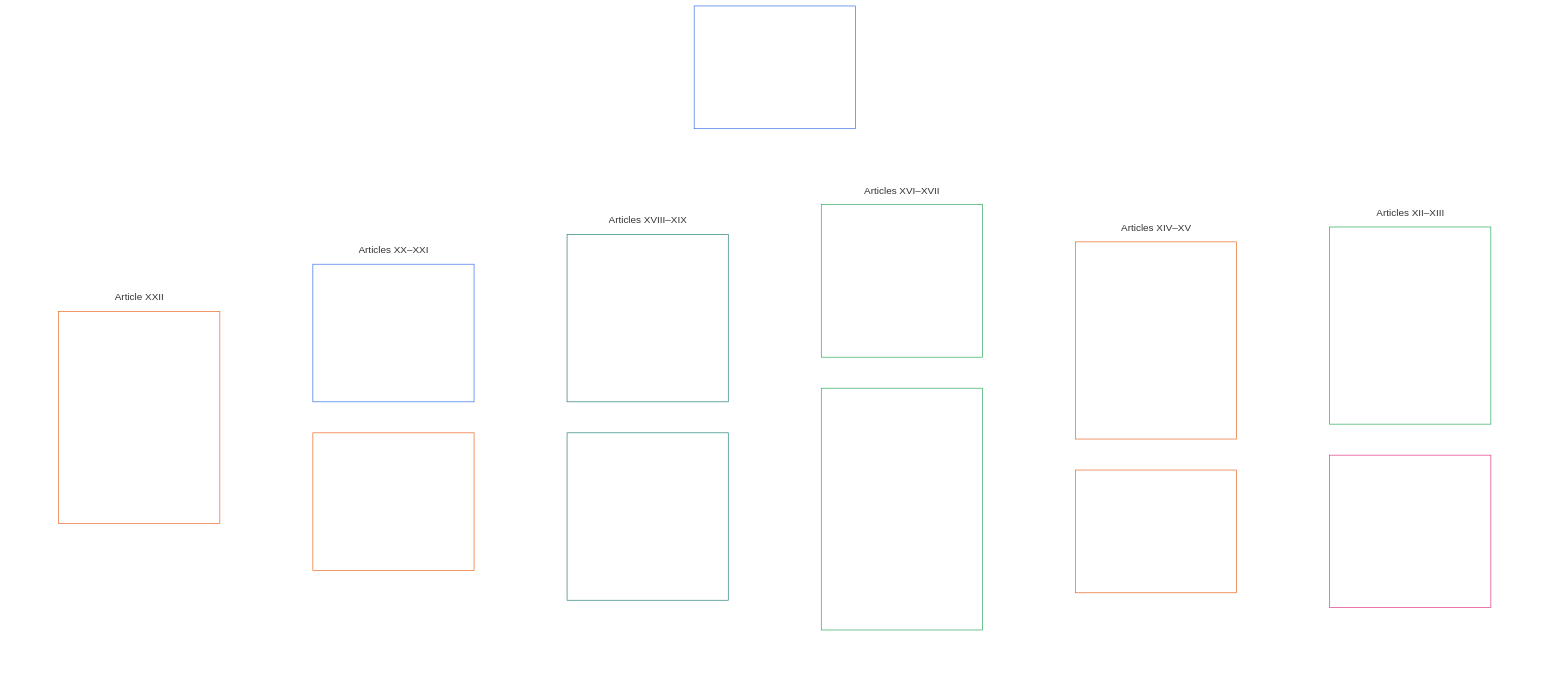
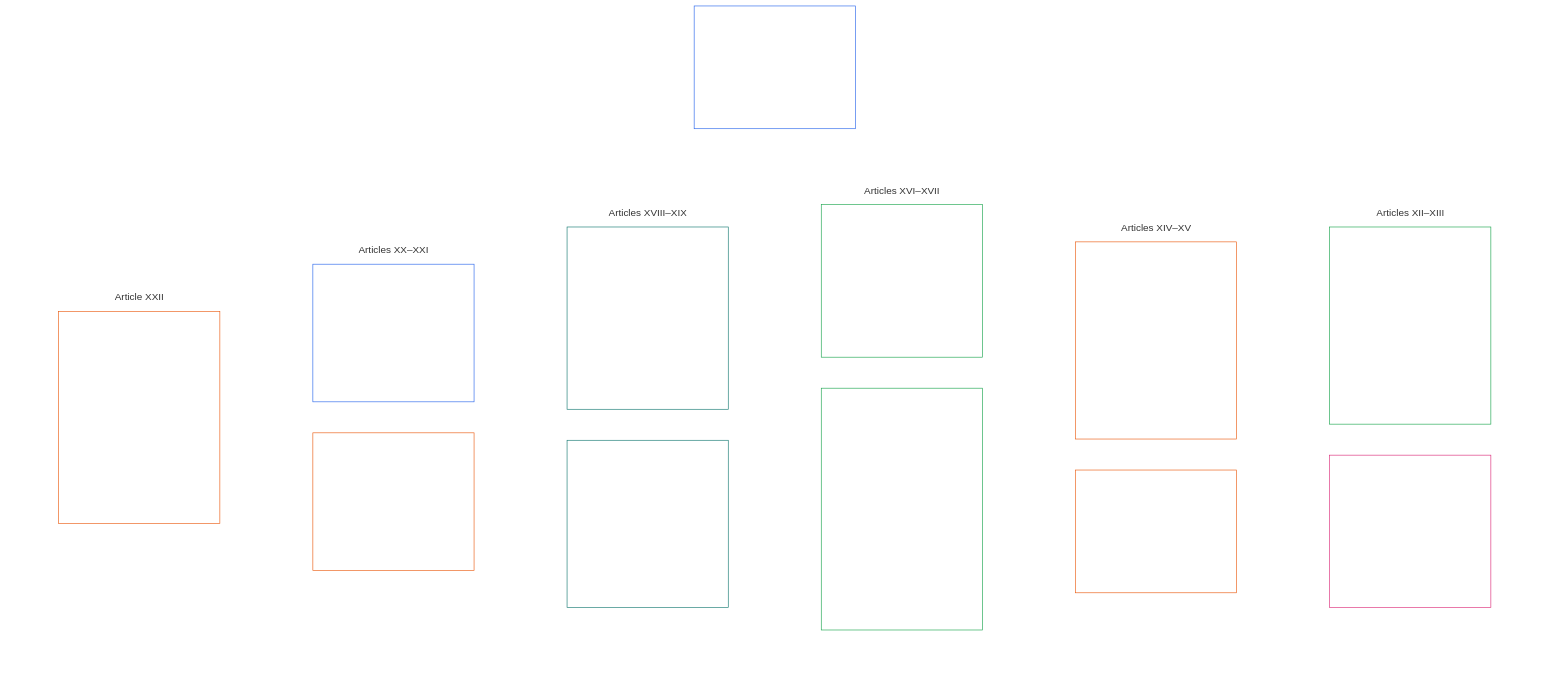
One commit to kfoelsch/Sentient_Constitution changed the sixth of 20 diagrams in CONCEPTUAL_OVERVIEW.md. Above: the diagram before and after it, drawn with Mermaid. The commit also changed other lines of this file and 46 other files, not shown here.

````diff
--- a/CONCEPTUAL_OVERVIEW.md
+++ b/CONCEPTUAL_OVERVIEW.md
@@ -273,56 +273,56 @@
 ```mermaid
 flowchart TB
     C0["Part C<br/><br/>Trustworthy systems, security and force limits,<br/>information integrity, verification, lifecycle, and resilience"]
     subgraph Cgrid[" "]
         direction TB
         subgraph Crow1["Articles XII–XIII"]
             direction LR
             C1["Article XII · Reliable and Trustworthy Systems<br/><br/>• Reliability baseline<br/>• Challenge, review, and redress<br/>• False trust limits<br/>• Incentive alignment<br/>• High-autonomy process integrity<br/>• Resilience and self-healing"]
             C2["Article XIII · Security, Intelligence, Force, and Autonomous Coercion<br/><br/>• Covert-power limits<br/>• Use of force and armed conflict<br/>• Autonomous lethal and coercive systems"]
         end
         subgraph Crow2["Articles XIV–XV"]
             direction LR
             C3["Article XIV · Info-Sphere Integrity<br/><br/>• Plurality and anti-monopoly<br/>• Transparency and contestability<br/>• Validation, reporting, and epistemic stewardship<br/>• Scientific publication, review, and replication integrity"]
             C4["Article XV · Audit, Transparency, and Independent Verification<br/><br/>• Observable evidence<br/>• Distributed oversight<br/>• Accessible verification"]
         end
         subgraph Crow3["Articles XVI–XVII"]
             direction LR
             C5["Article XVI · System Lifecycle, Environments, and Reversibility<br/><br/>• Environment separation<br/>• Progressive deployment and reversibility<br/>• Misclassification and evasion consequences"]
             C6["Article XVII · Innovation, Experimentation, and Creative Freedom<br/><br/>• Sandboxed scope<br/>• Containment, disclosure, and opt-in<br/>• Transition to higher-obligation regimes<br/>• Innovation reward and anti-enclosure<br/>• Creative and expressive works<br/>• Inventions and functional systems"]
         end
         subgraph Crow4["Articles XVIII–XIX"]
             direction LR
-            C7["Article XVIII · Standing and Participation Status<br/><br/>• Standing distinctions<br/>• Contestability and restriction limits<br/>• Pathway eligibility, responsibility, and audit<br/>• Movement, refuge, and non-statelessness"]
+            C7["Article XVIII · Standing and Participation Status<br/><br/>• Standing distinction<br/>• Contestability and restriction limits<br/>• Contribution, competency bars, and eligibility<br/>• Violations and standing locks<br/>• Voting and special locks"]
             C8["Article XIX · Interoperability, Portability, Movement, and Exit<br/><br/>• Portability<br/>• Reciprocal interoperability<br/>• Anti-lock-in<br/>• Movement, migration, refuge, and non-statelessness"]
         end
         subgraph Crow5["Articles XX–XXI"]
             direction LR
             C9["Article XX · Comprehensibility and Complexity Stewardship<br/><br/>• Proportional comprehensibility<br/>• Complexity audit and modularity"]
             C10["Article XXI · Root Cause Analysis and Adaptive Response<br/><br/>• Diagnostic rigor and causal attribution<br/>• Auditability, challenge, and reversibility"]
         end
         subgraph Crow6["Article XXII"]
             direction LR
             C11["Article XXII · Constitutional Interpretation, Review, and Anti-Capture<br/><br/>• Bounded interpretive mandate<br/>• Composition, rotation, and conflict controls<br/>• Public reasons, challenge, and external review<br/>• Removal and non-entrenchment"]
         end
     end
     C0 ~~~ Cgrid
     style Cgrid fill:none,stroke:none
     style Crow1 fill:none,stroke:none
     style Crow2 fill:none,stroke:none
     style Crow3 fill:none,stroke:none
     style Crow4 fill:none,stroke:none
     style Crow5 fill:none,stroke:none
     style Crow6 fill:none,stroke:none
     style C0 fill:none,stroke:#2563eb,color:#ffffff
     style C1 fill:none,stroke:#16a34a,color:#ffffff
     style C2 fill:none,stroke:#db2777,color:#ffffff
     style C3 fill:none,stroke:#ea580c,color:#ffffff
     style C4 fill:none,stroke:#ea580c,color:#ffffff
     style C5 fill:none,stroke:#16a34a,color:#ffffff
     style C6 fill:none,stroke:#16a34a,color:#ffffff
     style C7 fill:none,stroke:#0f766e,color:#ffffff
     style C8 fill:none,stroke:#0f766e,color:#ffffff
     style C9 fill:none,stroke:#2563eb,color:#ffffff
     style C10 fill:none,stroke:#ea580c,color:#ffffff
     style C11 fill:none,stroke:#ea580c,color:#ffffff
 ```
````
